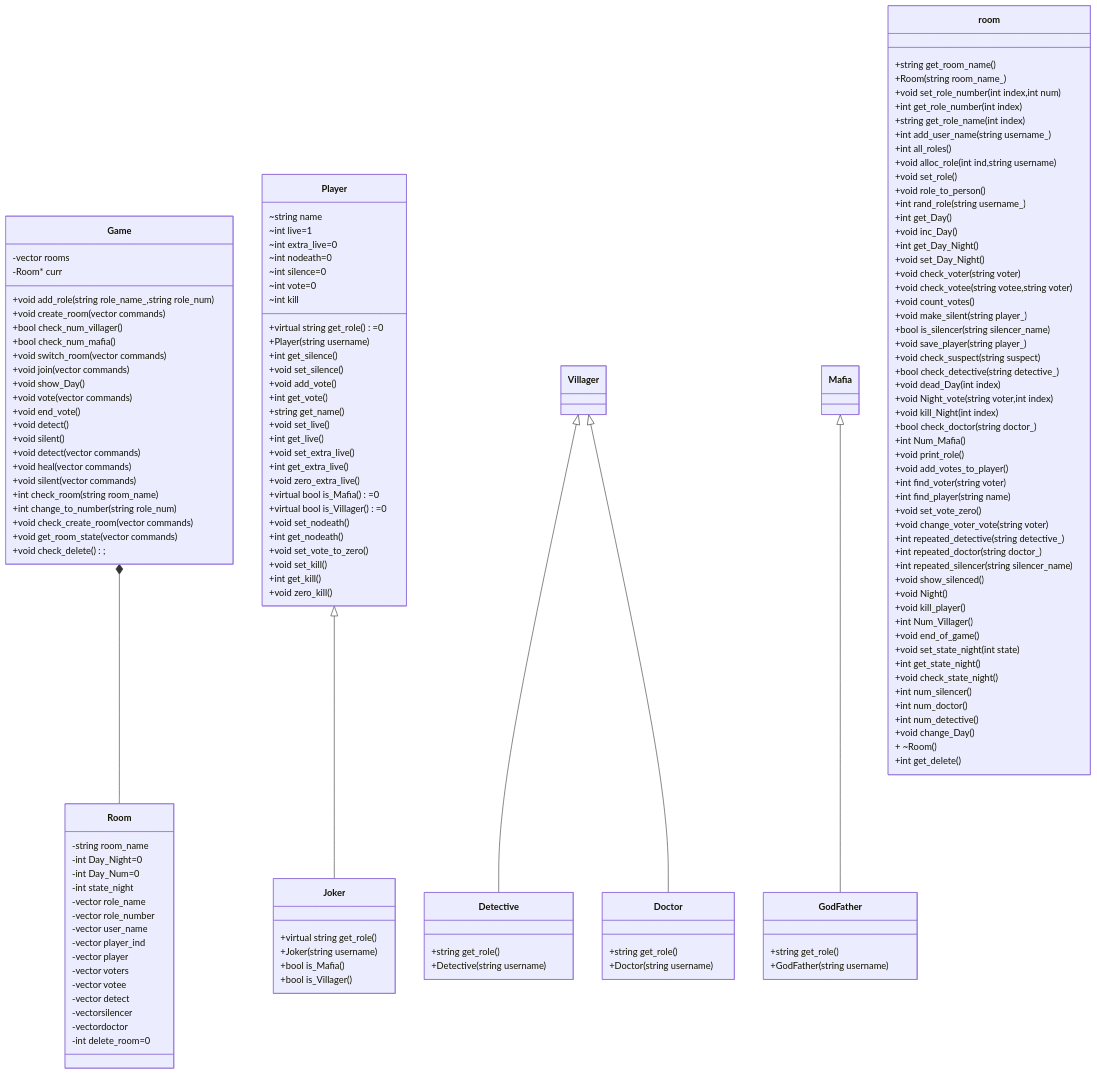
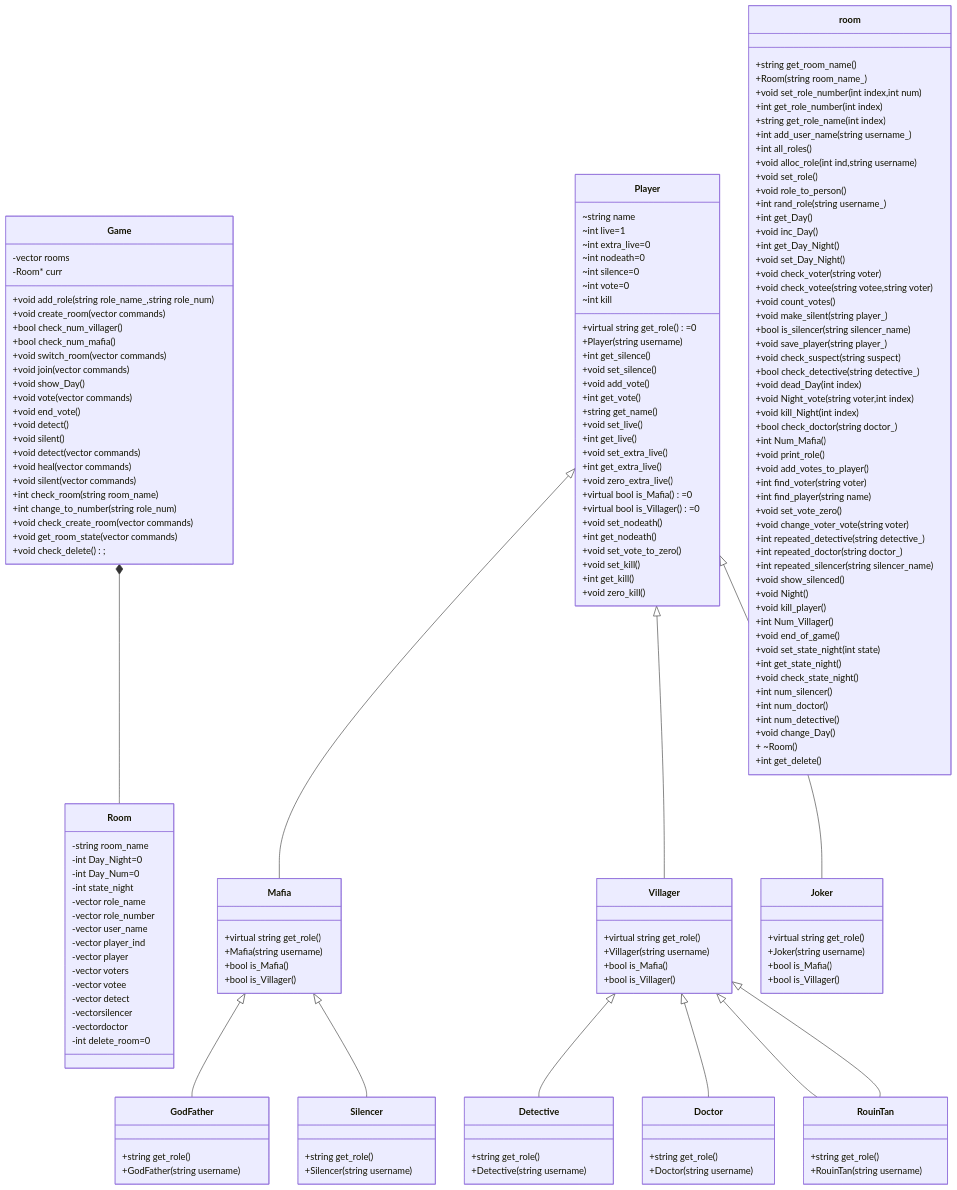
The second of 2 diagrams in README.md (NeginAz/mafia_game), drawn with Mermaid before and after one commit.

```diff
--- a/README.md
+++ b/README.md
@@ -73,8 +73,38 @@
       Player: ~int kill
       Villager <|-- Detective
       Villager <|-- Doctor
+      Villager <|-- RouinTan
       Mafia <|-- GodFather
       Player <|-- Joker
+      Player <|-- Mafia
+      Villager <|-- RouinTan
+      Mafia <|-- Silencer
+      Player <|-- Villager
+
+class Villager{
+      +virtual string get_role()
+      +Villager(string username)
+      +bool is_Mafia()
+      +bool is_Villager()
+}
+
+
+class Silencer{
+      +string get_role()
+      +Silencer(string username)
+}
+
+class RouinTan{
+      +string get_role()
+      +RouinTan(string username)
+}
+
+class Mafia{
+      +virtual string get_role()
+      +Mafia(string username)
+      +bool is_Mafia()
+      +bool is_Villager()
+}
 
 class Detective{
       +string get_role()
```
